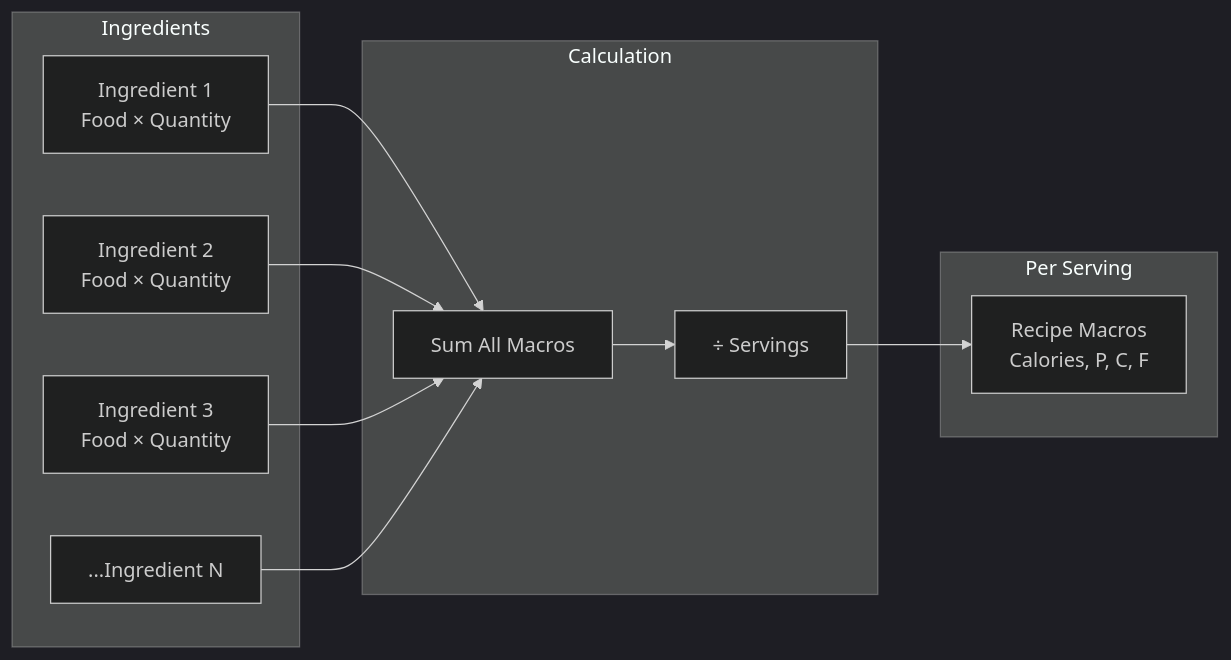
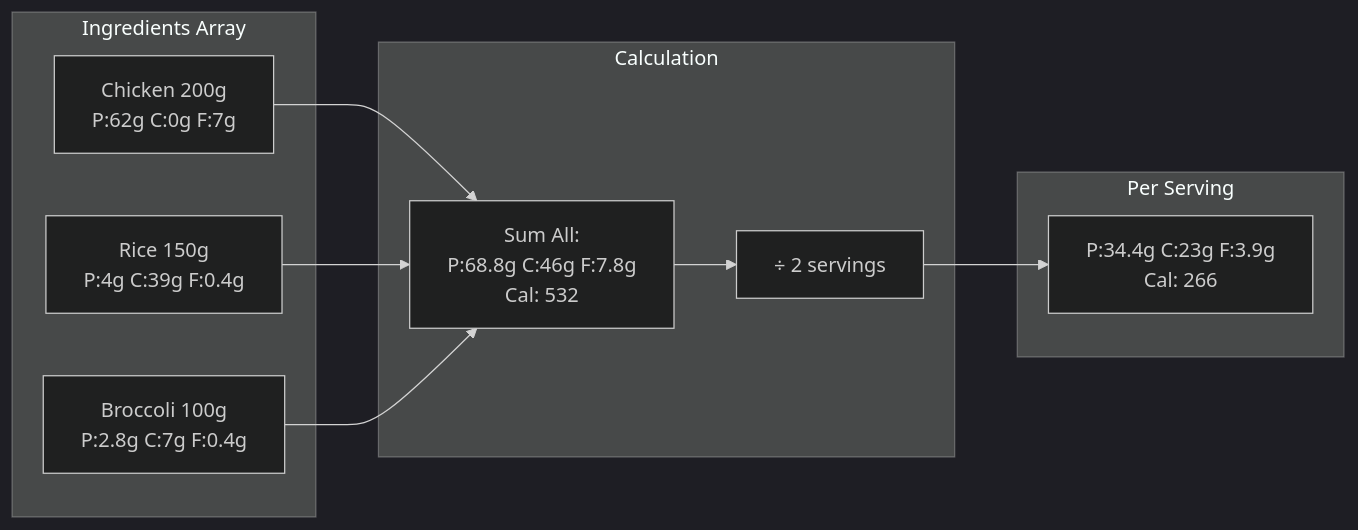
Before and after one commit to TimothyYao/meal-planning: diagram 14 of 26 in doc/recipes-design.md, drawn with Mermaid (dark theme). The commit also changed other lines of this file, not shown here.

````diff
--- a/doc/recipes-design.md
+++ b/doc/recipes-design.md
@@ -233,25 +471,23 @@
 ```mermaid
 flowchart LR
-    subgraph Ingredients["Ingredients"]
-        I1["Ingredient 1<br/>Food × Quantity"]
-        I2["Ingredient 2<br/>Food × Quantity"]
-        I3["Ingredient 3<br/>Food × Quantity"]
-        IN["...Ingredient N"]
+    subgraph Ingredients["Ingredients Array"]
+        I1["Chicken 200g<br/>P:62g C:0g F:7g"]
+        I2["Rice 150g<br/>P:4g C:39g F:0.4g"]
+        I3["Broccoli 100g<br/>P:2.8g C:7g F:0.4g"]
     end
     
-    subgraph Calculation["Calculation"]
-        Sum["Sum All Macros"]
-        Divide["÷ Servings"]
+    subgraph Calc["Calculation"]
+        Sum["Sum All:<br/>P:68.8g C:46g F:7.8g<br/>Cal: 532"]
+        Div["÷ 2 servings"]
     end
     
     subgraph Result["Per Serving"]
-        Macros["Recipe Macros<br/>Calories, P, C, F"]
+        Final["P:34.4g C:23g F:3.9g<br/>Cal: 266"]
     end
     
     I1 --> Sum
     I2 --> Sum
     I3 --> Sum
-    IN --> Sum
-    Sum --> Divide
-    Divide --> Macros
+    Sum --> Div
+    Div --> Final
 ```
````
